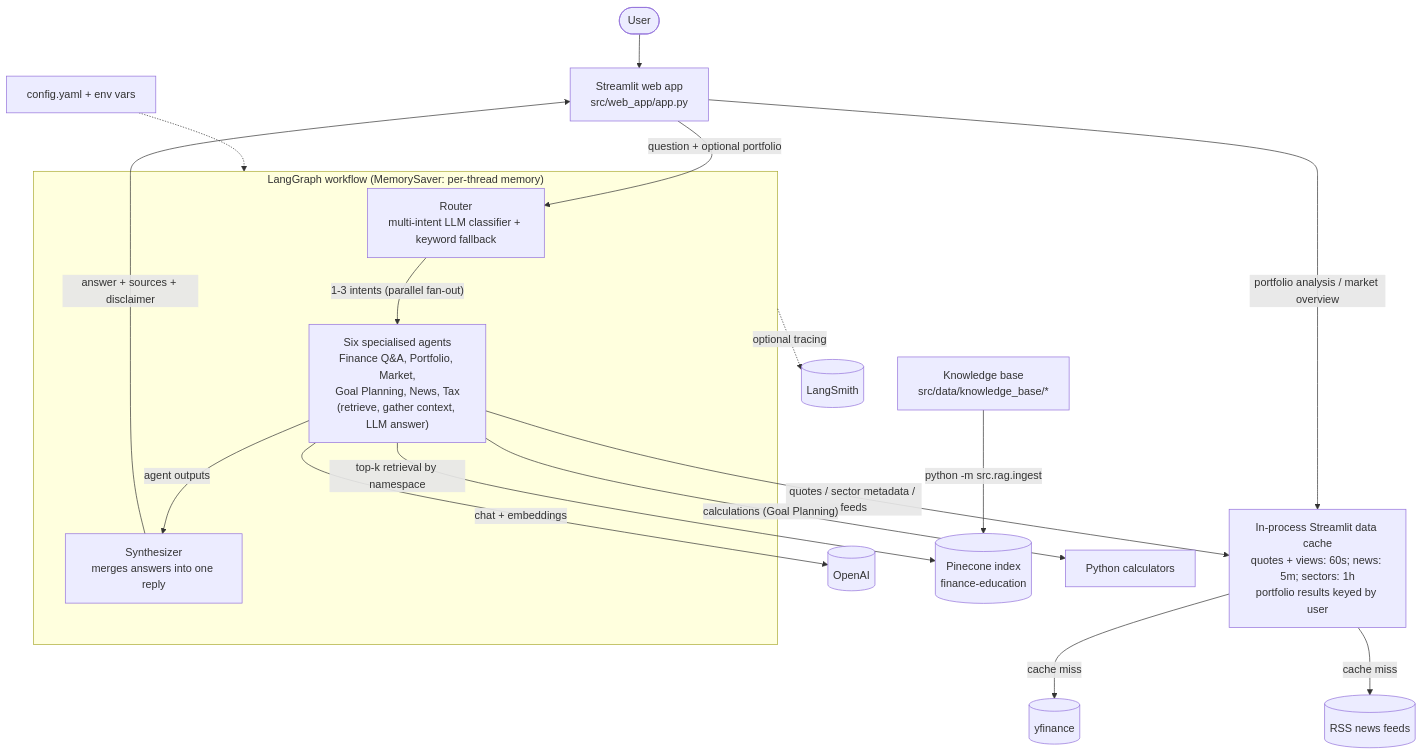
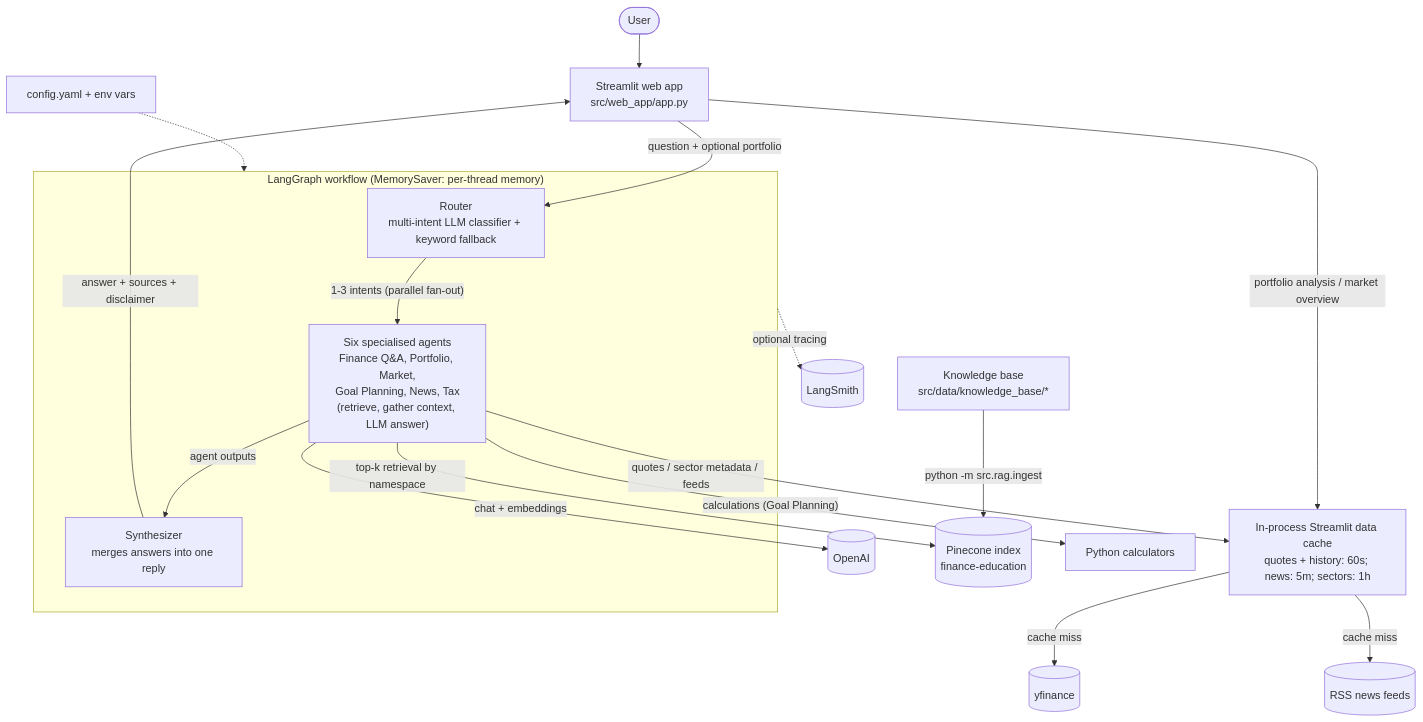
One commit to vxkudire/AI-Finance-Assistant changed the first of 2 diagrams in README.md. Above: the diagram before and after it, drawn with Mermaid. The commit also changed other lines of this file and 17 other files, not shown here.

````diff
--- a/README.md
+++ b/README.md
@@ -14,26 +14,26 @@
 ```mermaid
 flowchart TD
     User([User]) --> UI["Streamlit web app<br/>src/web_app/app.py"]
     UI -->|"question + optional portfolio"| Router
 
     subgraph Graph["LangGraph workflow (MemorySaver: per-thread memory)"]
         Router["Router<br/>multi-intent LLM classifier + keyword fallback"]
         Router -->|"1-3 intents (parallel fan-out)"| Agents["Six specialised agents<br/>Finance Q&A, Portfolio, Market,<br/>Goal Planning, News, Tax<br/>(retrieve, gather context, LLM answer)"]
         Agents -->|"agent outputs"| Synth["Synthesizer<br/>merges answers into one reply"]
     end
 
     Synth -->|"answer + sources + disclaimer"| UI
 
     UI -->|"portfolio analysis / market overview"| Cache
     Agents -->|"quotes / sector metadata / feeds"| Cache
-    Cache["In-process Streamlit data cache<br/>quotes + views: 60s; news: 5m; sectors: 1h<br/>portfolio results keyed by user"]
+    Cache["In-process Streamlit data cache<br/>quotes + history: 60s; news: 5m; sectors: 1h"]
     Cache -->|"cache miss"| YF[("yfinance")]
     Cache -->|"cache miss"| RSS[("RSS news feeds")]
     Agents -->|"chat + embeddings"| OpenAI[("OpenAI")]
     Graph -.->|"optional tracing"| LS[("LangSmith")]
     Agents -->|"top-k retrieval by namespace"| Pine[("Pinecone index<br/>finance-education")]
     Agents -->|"calculations (Goal Planning)"| Calc["Python calculators"]
 
     KB["Knowledge base<br/>src/data/knowledge_base/*"] -->|"python -m src.rag.ingest"| Pine
     Cfg["config.yaml + env vars"] -.-> Graph
 ```
````
